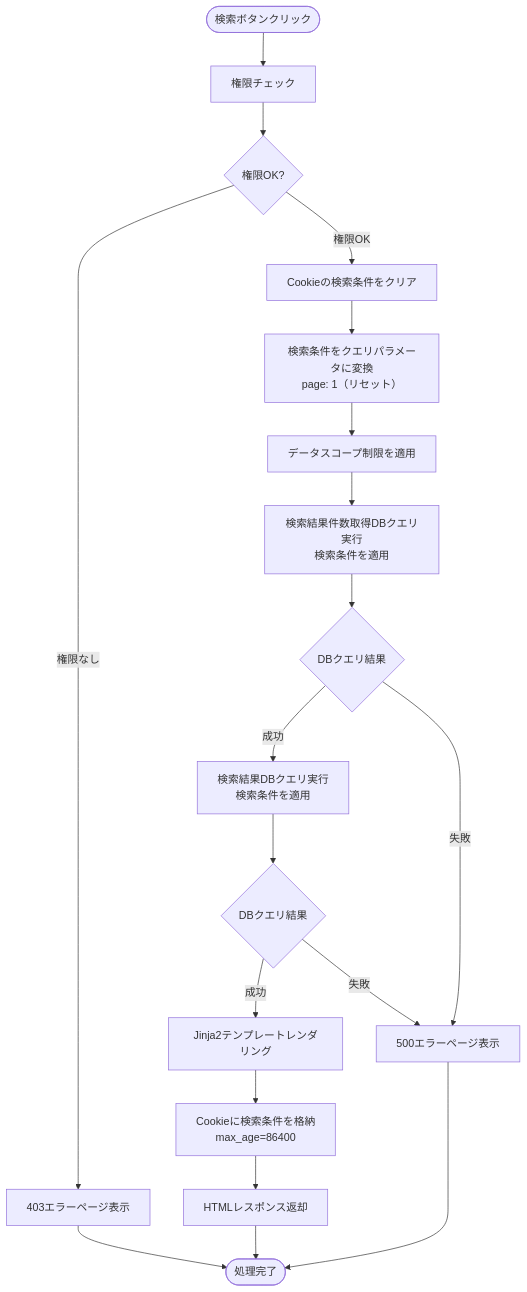
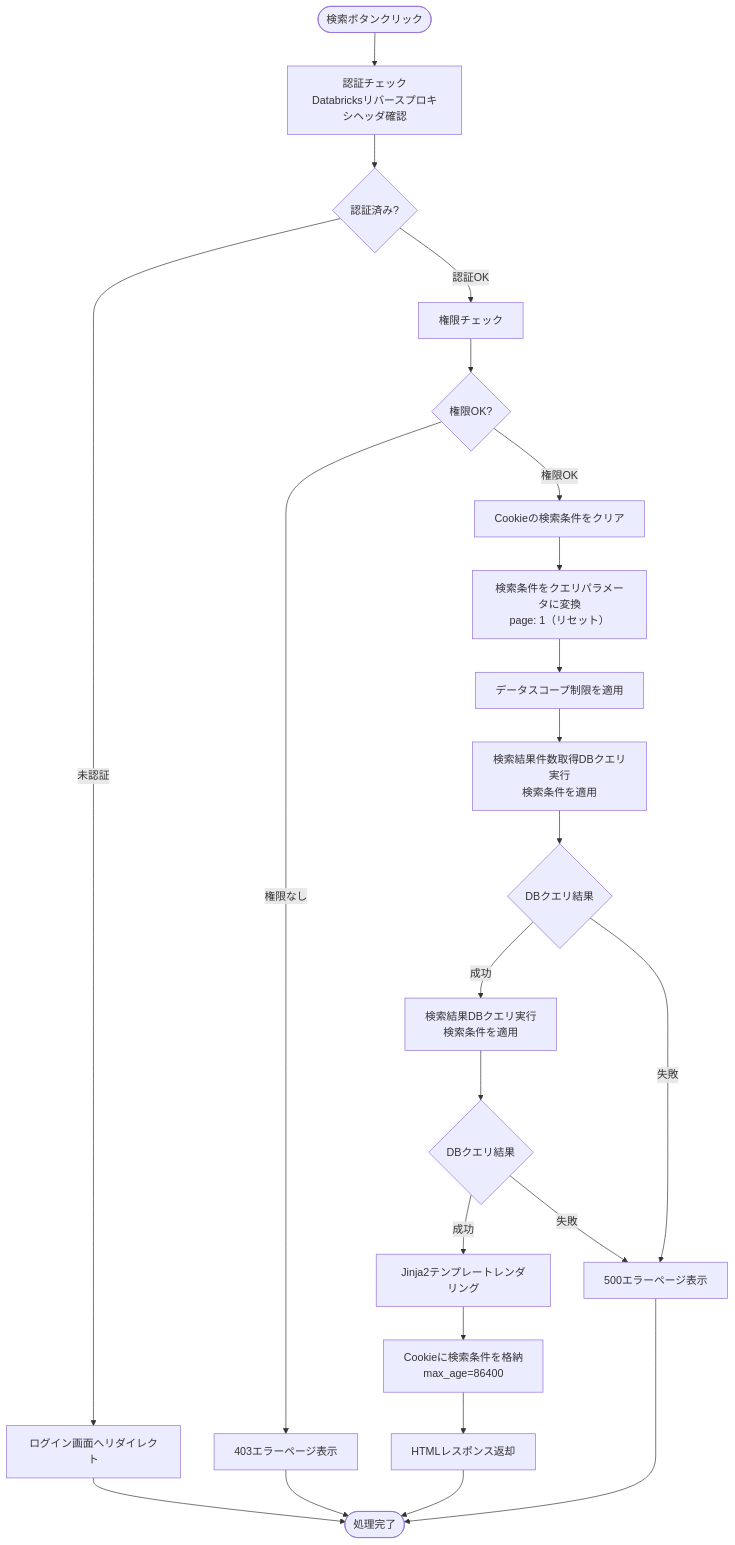
The second of 8 diagrams in docs/03-features/flask-app/organizations/workflow-specification.md (NSW-SVCP-AIWG002/Databricks-IoT), drawn with Mermaid before and after one commit. The commit also changed other lines of this file and 3 other files, not shown here.

````diff
--- a/docs/03-features/flask-app/organizations/workflow-specification.md
+++ b/docs/03-features/flask-app/organizations/workflow-specification.md
@@ -485,27 +489,32 @@
 ```mermaid
 flowchart TD
-    Start([検索ボタンクリック]) --> Permission[権限チェック]
+    Start([検索ボタンクリック]) --> Auth[認証チェック<br>Databricksリバースプロキシヘッダ確認]
+    Auth --> CheckAuth{認証済み?}
+    CheckAuth -->|未認証| LoginRedirect[ログイン画面へリダイレクト]
+    CheckAuth -->|認証OK| Permission[権限チェック]
+
     Permission --> CheckPerm{権限OK?}
     CheckPerm -->|権限なし| Error403[403エラーページ表示]
+    CheckPerm -->|権限OK| ClearCookie[Cookieの検索条件をクリア]
 
-    CheckPerm -->|権限OK| ClearCookie[Cookieの検索条件をクリア]
     ClearCookie --> Convert[検索条件をクエリパラメータに変換<br>page: 1（リセット）]
     Convert --> Scope[データスコープ制限を適用]
     Scope -->  Count[検索結果件数取得DBクエリ実行<br>検索条件を適用]
     Count --> CheckDB0{DBクエリ結果}
 
     CheckDB0 -->|成功|Query[検索結果DBクエリ実行<br>検索条件を適用]
     CheckDB0 -->|失敗| Error500[500エラーページ表示]
 
     Query --> CheckDB{DBクエリ結果}
 
     CheckDB -->|成功| Template[Jinja2テンプレートレンダリング]
     Template --> PutParams[Cookieに検索条件を格納<br>max_age=86400]
     PutParams --> Response[HTMLレスポンス返却]
 
     CheckDB -->|失敗| Error500
 
-    Response --> End([処理完了])
+    LoginRedirect --> End([処理完了])
+    Response --> End
     Error403 --> End
     Error500 --> End
 ```
````
